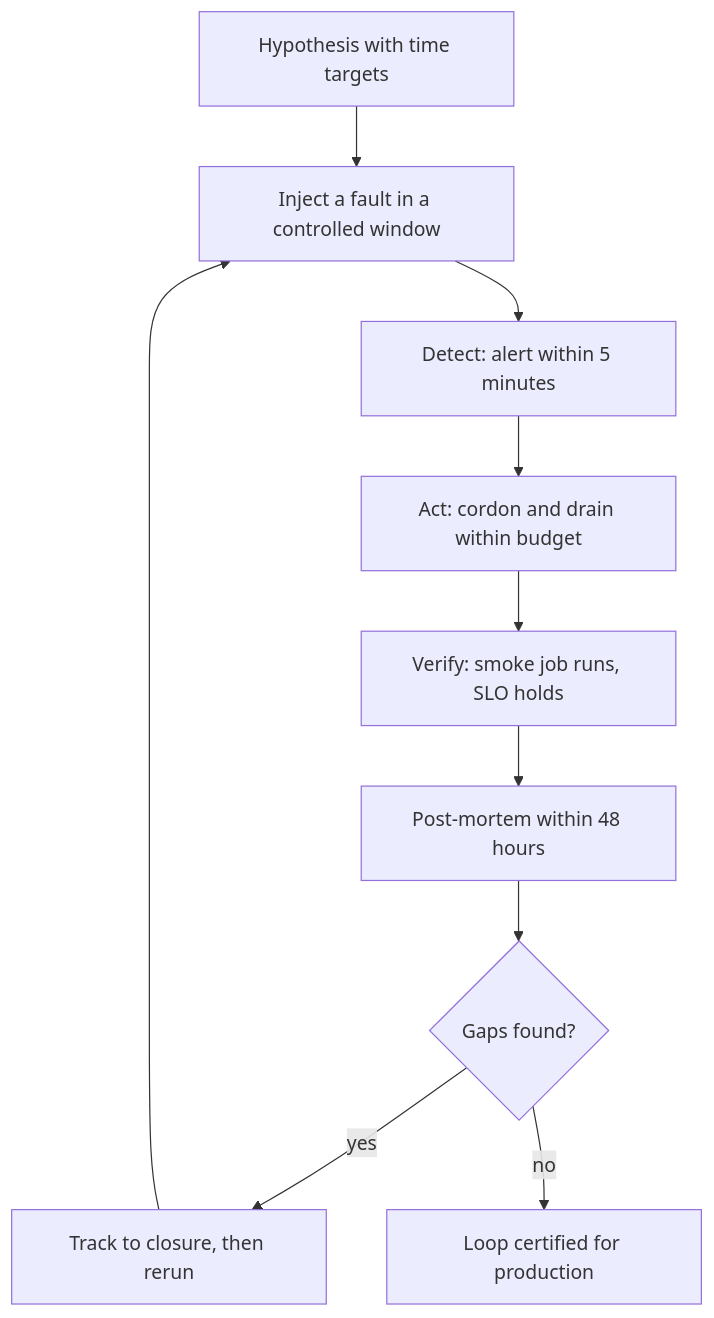
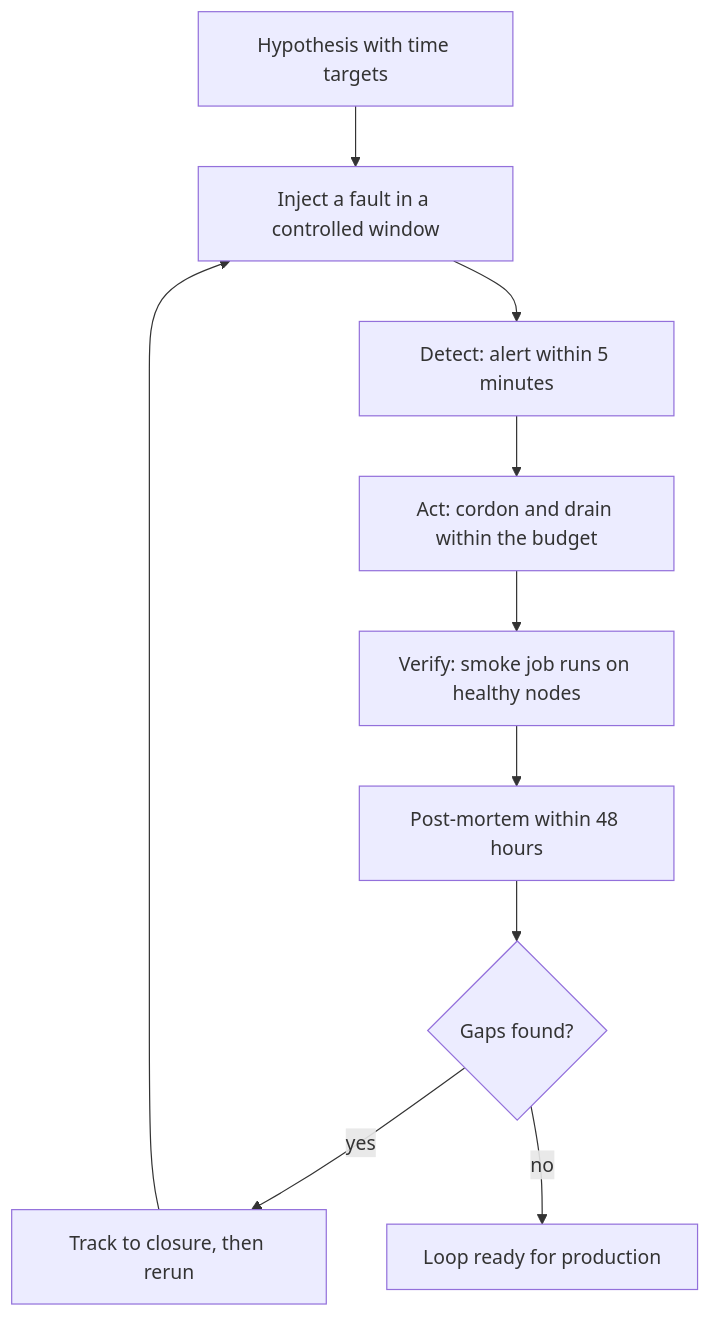
Before and after one commit to jithinpnjm/ai-infra-handbook: the second of 2 diagrams in docs/part-19-capstone/06-capstone-node-health-automation-with-dcgm-and-an-operator.md, drawn with Mermaid. The commit also changed other lines of this file and 263 other files, not shown here.

````diff
--- a/docs/part-19-capstone/06-capstone-node-health-automation-with-dcgm-and-an-operator.md
+++ b/docs/part-19-capstone/06-capstone-node-health-automation-with-dcgm-and-an-operator.md
@@ -418,12 +785,12 @@
 ```mermaid
 flowchart TD
     H["Hypothesis with time targets"] --> I["Inject a fault in a controlled window"]
     I --> D["Detect: alert within 5 minutes"]
-    D --> A["Act: cordon and drain within budget"]
-    A --> V["Verify: smoke job runs, SLO holds"]
+    D --> A["Act: cordon and drain within the budget"]
+    A --> V["Verify: smoke job runs on healthy nodes"]
     V --> P["Post-mortem within 48 hours"]
     P --> G{"Gaps found?"}
     G -->|"yes"| W["Track to closure, then rerun"]
-    G -->|"no"| R["Loop certified for production"]
+    G -->|"no"| R["Loop ready for production"]
     W --> I
 ```
````
